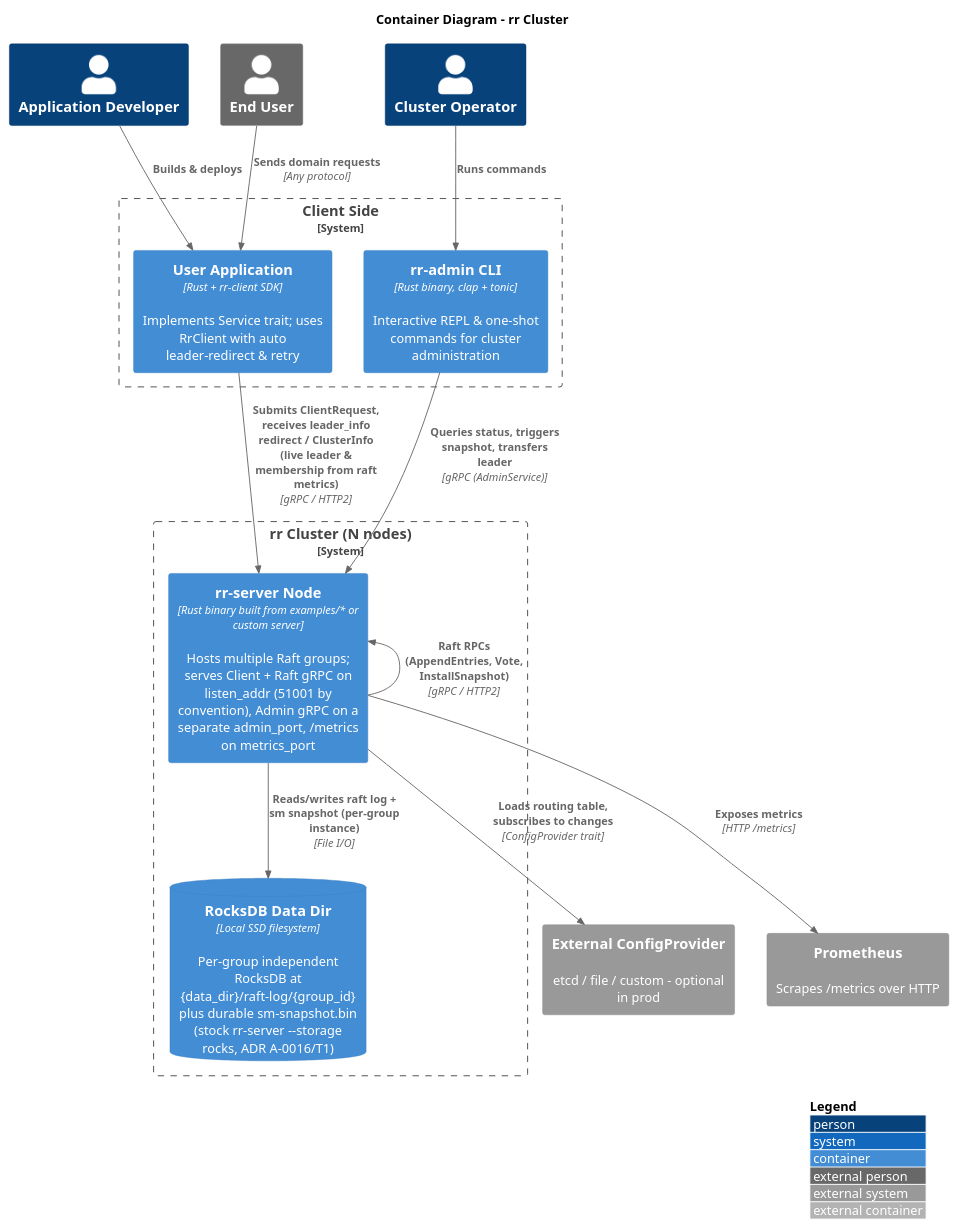
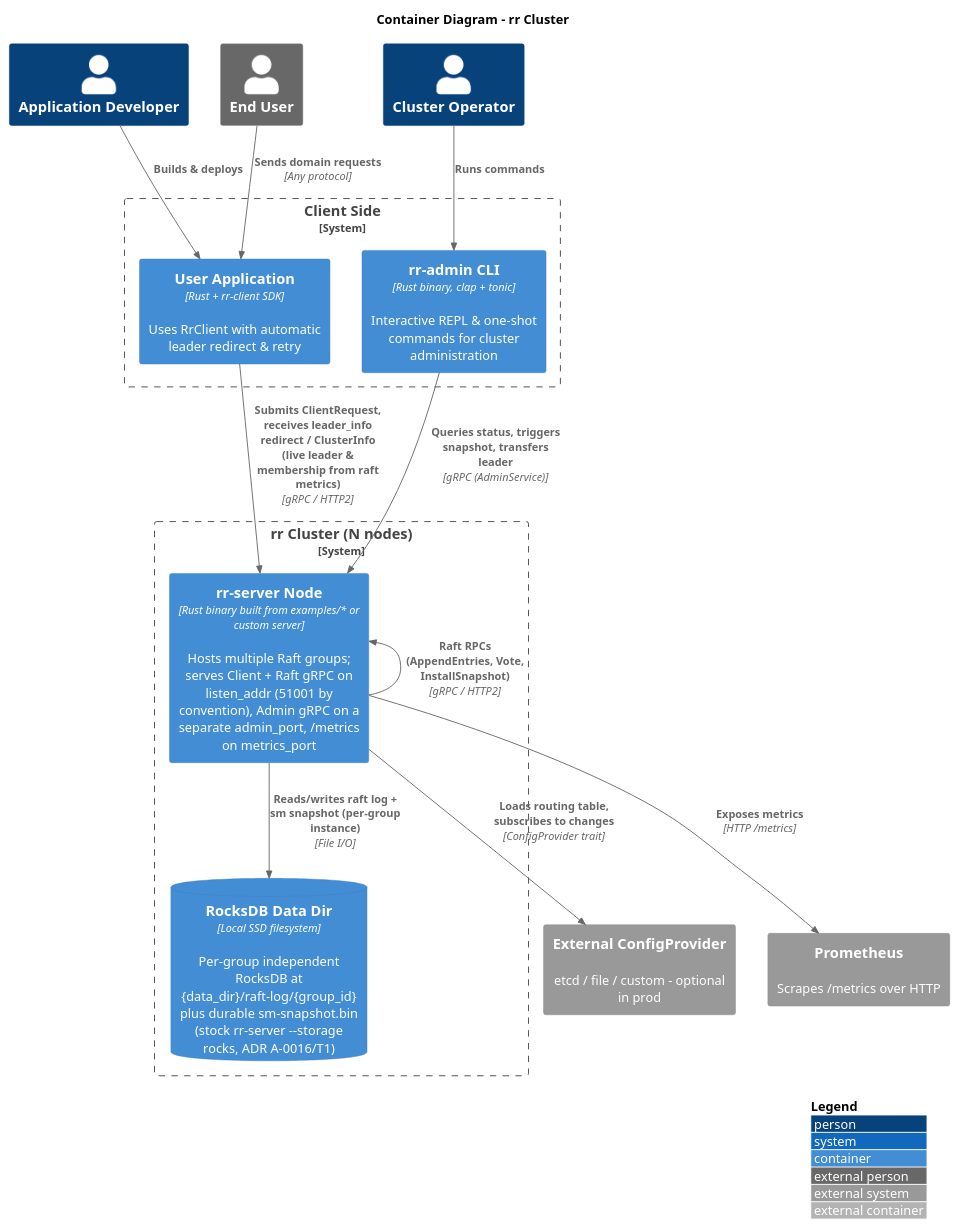
Before and after one commit to gardenias/rr: the diagram in docs/docs/architecture/c4/containers.md, drawn with PlantUML. The commit also changed other lines of this file and 130 other files, not shown here.

````diff
--- a/docs/docs/architecture/c4/containers.md
+++ b/docs/docs/architecture/c4/containers.md
@@ -15,38 +14,38 @@
 ```plantuml
 @startuml
 !include <C4/C4_Container.puml>
 
 title Container Diagram - rr Cluster
 
 Person(developer, "Application Developer")
 Person(operator, "Cluster Operator")
 Person_Ext(end_user, "End User")
 
 System_Boundary(client_side, "Client Side") {
-  Container(user_app, "User Application", "Rust + rr-client SDK", "Implements Service trait; uses RrClient with auto leader-redirect & retry")
+  Container(user_app, "User Application", "Rust + rr-client SDK", "Uses RrClient with automatic leader redirect & retry")
   Container(admin_cli, "rr-admin CLI", "Rust binary, clap + tonic", "Interactive REPL & one-shot commands for cluster administration")
 }
 
 System_Boundary(cluster, "rr Cluster (N nodes)") {
   Container(rr_node, "rr-server Node", "Rust binary built from examples/* or custom server", "Hosts multiple Raft groups; serves Client + Raft gRPC on listen_addr (51001 by convention), Admin gRPC on a separate admin_port, /metrics on metrics_port")
   ContainerDb(rocks, "RocksDB Data Dir", "Local SSD filesystem", "Per-group independent RocksDB at {data_dir}/raft-log/{group_id} plus durable sm-snapshot.bin (stock rr-server --storage rocks, ADR A-0016/T1)")
 }
 
 System_Ext(prometheus, "Prometheus", "Scrapes /metrics over HTTP")
 System_Ext(config_store, "External ConfigProvider", "etcd / file / custom - optional in prod")
 
 Rel(end_user, user_app, "Sends domain requests", "Any protocol")
 Rel(user_app, rr_node, "Submits ClientRequest, receives leader_info redirect / ClusterInfo (live leader & membership from raft metrics)", "gRPC / HTTP2")
 Rel(admin_cli, rr_node, "Queries status, triggers snapshot, transfers leader", "gRPC (AdminService)")
 
 Rel_U(rr_node, rr_node, "Raft RPCs (AppendEntries, Vote, InstallSnapshot)", "gRPC / HTTP2")
 Rel(rr_node, rocks, "Reads/writes raft log + sm snapshot (per-group instance)", "File I/O")
 Rel(rr_node, config_store, "Loads routing table, subscribes to changes", "ConfigProvider trait")
 Rel(rr_node, prometheus, "Exposes metrics", "HTTP /metrics")
 
 Rel(developer, user_app, "Builds & deploys")
 Rel(operator, admin_cli, "Runs commands")
 
 LAYOUT_WITH_LEGEND()
 @enduml
 ```
````
